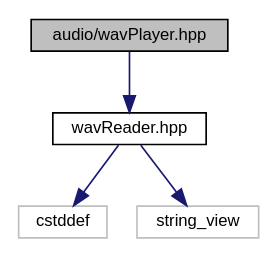
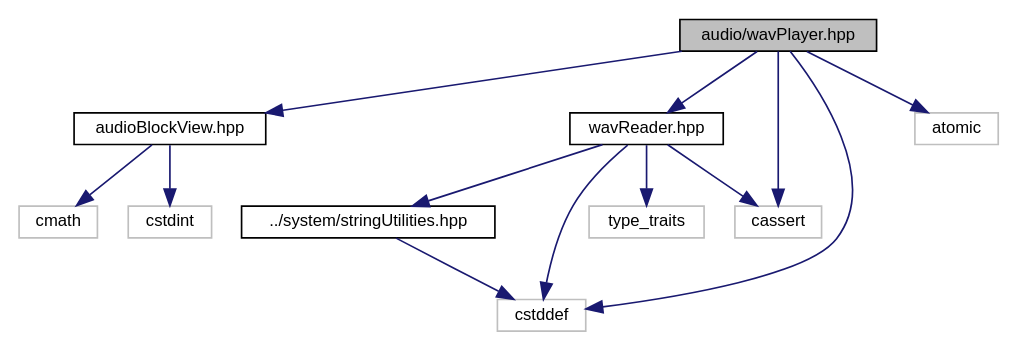
Before and after one commit to AkiyukiOkayasu/ame: the diagram in docs/wav_player_8hpp__incl.dot, drawn with Graphviz. The commit also changed 195 other files, not shown here.

```diff
--- a/docs/wav_player_8hpp__incl.dot
+++ b/docs/wav_player_8hpp__incl.dot
@@ -1,13 +1,28 @@
 digraph "audio/wavPlayer.hpp"
 {
  // LATEX_PDF_SIZE
   edge [fontname="Helvetica",fontsize="10",labelfontname="Helvetica",labelfontsize="10"];
   node [fontname="Helvetica",fontsize="10",shape=record];
   Node1 [label="audio/wavPlayer.hpp",height=0.2,width=0.4,color="black", fillcolor="grey75", style="filled", fontcolor="black",tooltip="Wav player."];
   Node1 -> Node2 [color="midnightblue",fontsize="10",style="solid",fontname="Helvetica"];
-  Node2 [label="wavReader.hpp",height=0.2,width=0.4,color="black", fillcolor="white", style="filled",URL="$wav_reader_8hpp.html",tooltip="Wav reader."];
+  Node2 [label="audioBlockView.hpp",height=0.2,width=0.4,color="black", fillcolor="white", style="filled",URL="$audio_block_view_8hpp.html",tooltip="Audio Block View."];
   Node2 -> Node3 [color="midnightblue",fontsize="10",style="solid",fontname="Helvetica"];
-  Node3 [label="cstddef",height=0.2,width=0.4,color="grey75", fillcolor="white", style="filled",tooltip=" "];
+  Node3 [label="cmath",height=0.2,width=0.4,color="grey75", fillcolor="white", style="filled",tooltip=" "];
   Node2 -> Node4 [color="midnightblue",fontsize="10",style="solid",fontname="Helvetica"];
-  Node4 [label="string_view",height=0.2,width=0.4,color="grey75", fillcolor="white", style="filled",tooltip=" "];
+  Node4 [label="cstdint",height=0.2,width=0.4,color="grey75", fillcolor="white", style="filled",tooltip=" "];
+  Node1 -> Node5 [color="midnightblue",fontsize="10",style="solid",fontname="Helvetica"];
+  Node5 [label="wavReader.hpp",height=0.2,width=0.4,color="black", fillcolor="white", style="filled",URL="$wav_reader_8hpp.html",tooltip="Wav reader."];
+  Node5 -> Node6 [color="midnightblue",fontsize="10",style="solid",fontname="Helvetica"];
+  Node6 [label="../system/stringUtilities.hpp",height=0.2,width=0.4,color="black", fillcolor="white", style="filled",URL="$string_utilities_8hpp.html",tooltip="String utilities."];
+  Node6 -> Node7 [color="midnightblue",fontsize="10",style="solid",fontname="Helvetica"];
+  Node7 [label="cstddef",height=0.2,width=0.4,color="grey75", fillcolor="white", style="filled",tooltip=" "];
+  Node5 -> Node8 [color="midnightblue",fontsize="10",style="solid",fontname="Helvetica"];
+  Node8 [label="cassert",height=0.2,width=0.4,color="grey75", fillcolor="white", style="filled",tooltip=" "];
+  Node5 -> Node7 [color="midnightblue",fontsize="10",style="solid",fontname="Helvetica"];
+  Node5 -> Node9 [color="midnightblue",fontsize="10",style="solid",fontname="Helvetica"];
+  Node9 [label="type_traits",height=0.2,width=0.4,color="grey75", fillcolor="white", style="filled",tooltip=" "];
+  Node1 -> Node10 [color="midnightblue",fontsize="10",style="solid",fontname="Helvetica"];
+  Node10 [label="atomic",height=0.2,width=0.4,color="grey75", fillcolor="white", style="filled",tooltip=" "];
+  Node1 -> Node8 [color="midnightblue",fontsize="10",style="solid",fontname="Helvetica"];
+  Node1 -> Node7 [color="midnightblue",fontsize="10",style="solid",fontname="Helvetica"];
 }
```
